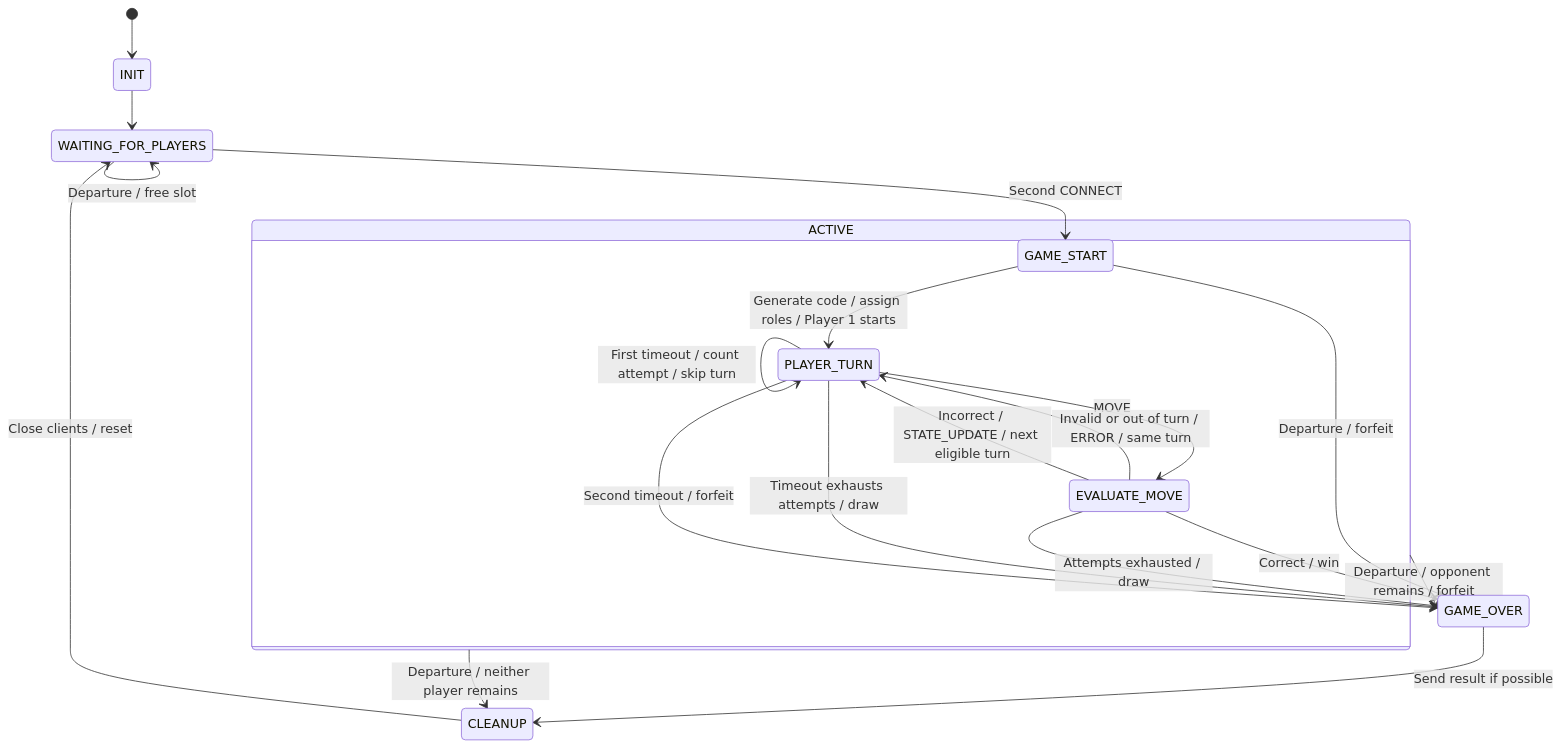
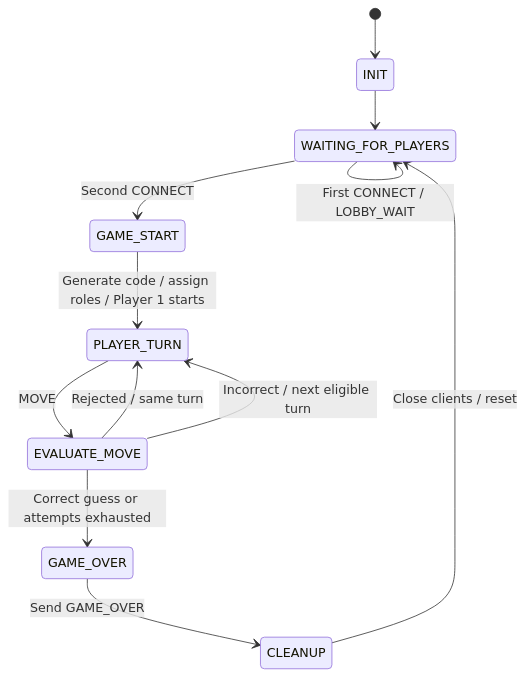
Before and after one commit to ABowSEC/CS457-CodeBreaker: the first of 2 diagrams in docs/fsm_specifications.md, drawn with Mermaid. The commit also changed other lines of this file, not shown here.

Commit message:
Break diagram into two

````diff
--- a/docs/fsm_specifications.md
+++ b/docs/fsm_specifications.md
@@ -3,31 +5,17 @@
 ```mermaid
 stateDiagram-v2
+    direction TB
     [*] --> INIT
     INIT --> WAITING_FOR_PLAYERS
     WAITING_FOR_PLAYERS --> WAITING_FOR_PLAYERS : First CONNECT / LOBBY_WAIT
-    WAITING_FOR_PLAYERS --> WAITING_FOR_PLAYERS : Departure / free slot
     WAITING_FOR_PLAYERS --> GAME_START : Second CONNECT
     GAME_START --> PLAYER_TURN : Generate code / assign roles / Player 1 starts
-    GAME_START --> GAME_OVER : Departure / forfeit
 
     PLAYER_TURN --> EVALUATE_MOVE : MOVE
-    EVALUATE_MOVE --> PLAYER_TURN : Invalid or out of turn / ERROR / same turn
-    EVALUATE_MOVE --> PLAYER_TURN : Incorrect / STATE_UPDATE / next eligible turn
-    EVALUATE_MOVE --> GAME_OVER : Correct / win
-    EVALUATE_MOVE --> GAME_OVER : Attempts exhausted / draw
+    EVALUATE_MOVE --> PLAYER_TURN : Rejected / same turn
+    EVALUATE_MOVE --> PLAYER_TURN : Incorrect / next eligible turn
+    EVALUATE_MOVE --> GAME_OVER : Correct guess or attempts exhausted
 
-    PLAYER_TURN --> PLAYER_TURN : First timeout / count attempt / skip turn
-    PLAYER_TURN --> GAME_OVER : Timeout exhausts attempts / draw
-    PLAYER_TURN --> GAME_OVER : Second timeout / forfeit
-
-    state ACTIVE {
-        GAME_START
-        PLAYER_TURN
-        EVALUATE_MOVE
-    }
-    ACTIVE --> GAME_OVER : Departure / opponent remains / forfeit
-    ACTIVE --> CLEANUP : Departure / neither player remains
-
-    GAME_OVER --> CLEANUP : Send result if possible
+    GAME_OVER --> CLEANUP : Send GAME_OVER
     CLEANUP --> WAITING_FOR_PLAYERS : Close clients / reset
 ```
````
